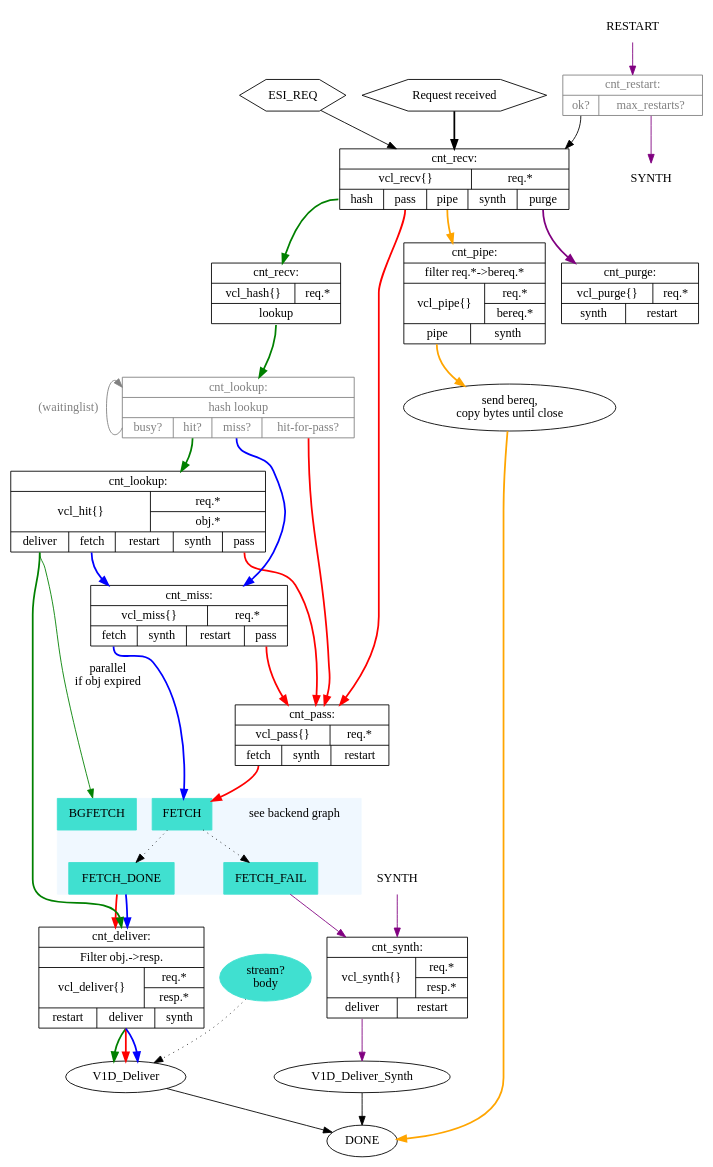
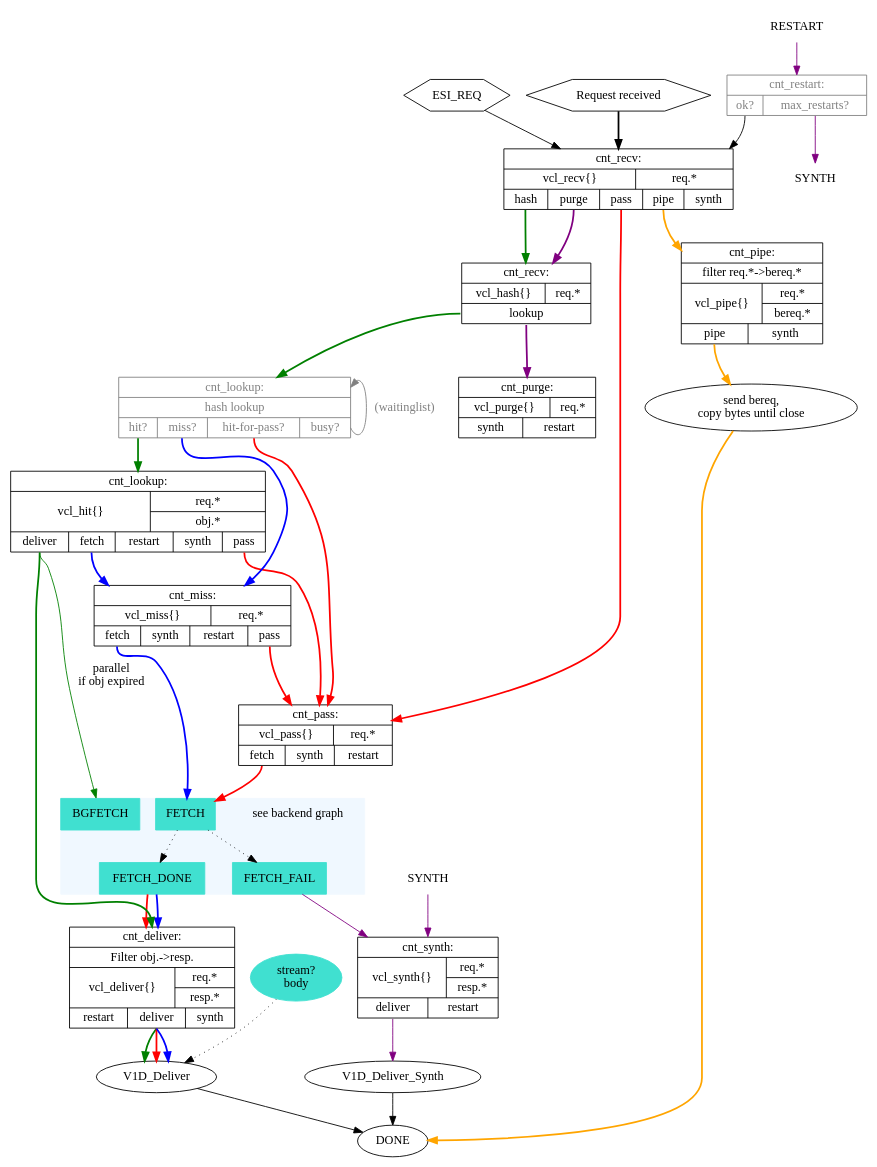
Before and after one commit to varnishcache/varnish-cache: the diagram in doc/graphviz/cache_req_fsm.dot, drawn with Graphviz.

Commit message:
get vcl_purge via vcl_hash right

```diff
--- a/doc/graphviz/cache_req_fsm.dot
+++ b/doc/graphviz/cache_req_fsm.dot
@@ -111,10 +111,10 @@
 			label="
 			{<top>cnt_lookup:|
 				hash lookup|
-				{<busy>busy?|
-					<h>hit?|
+				{<h>hit?|
 					<miss>miss?|
-					<hfp>hit-for-pass?}}"
+					<hfp>hit-for-pass?|
+					<busy>busy?}}"
 		]
 		lookup2 [
 			 shape=record
@@ -128,7 +128,7 @@
 					 <pass>pass}}"
 		]
 	}
-	lookup:busy:w -> lookup:top:w [label="(waitinglist)",
+	lookup:busy:e -> lookup:top:e [label="(waitinglist)",
 				       color=grey,
 				       fontcolor=grey]
 	lookup:miss:s -> miss [style=bold,color=blue]
@@ -214,10 +214,10 @@
 		      {cnt_recv:|
 			      {vcl_recv\{\}|req.*}|
 			      {<hash>hash|
+				      <purge>purge|
 				      <pass>pass|
 				      <pipe>pipe|
-				      <synth>synth|
-				      <purge>purge}}"
+				      <synth>synth}}"
 				      ]
 		recv:hash -> hash [style=bold,color=green]
 		hash [
@@ -229,15 +229,16 @@
 	}
 	recv:pipe -> pipe [style=bold,color=orange]
 	recv:pass -> pass [style=bold,color=red]
-	hash:lookup:s -> lookup [style=bold,color=green]
-	recv:purge:s -> purge [style=bold,color=purple]
+	hash:lookup:w -> lookup [style=bold,color=green]
+	hash:lookup:s -> purge:top:n [style=bold,color=purple]
+	recv:purge:s -> hash [style=bold,color=purple]
 
 	/* cnt_purge */
 	subgraph xcluster_purge {
 		purge [
 		       shape=record
 		       label="
-		       {cnt_purge:|
+		       {<top>cnt_purge:|
 			       {vcl_purge\{\}|req.*}|
 			       {<synth>synth|
 				       <restart>restart}}"
```
